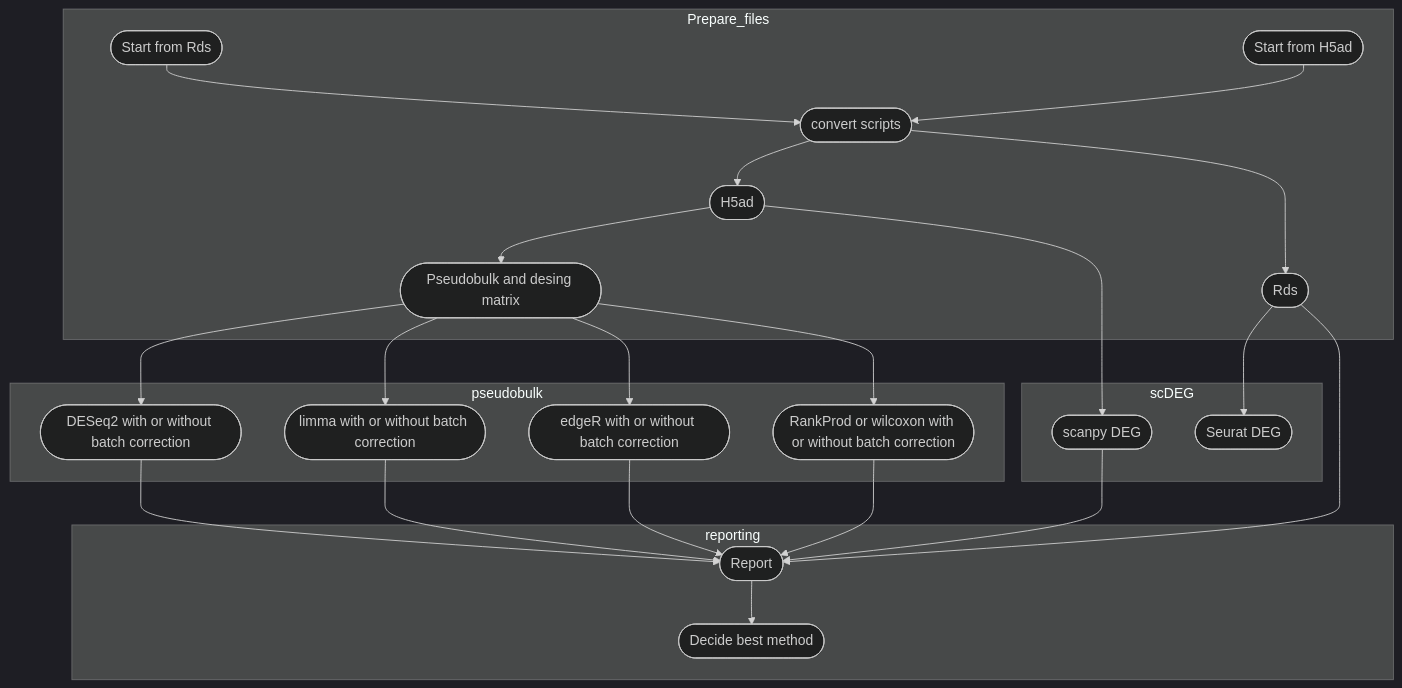
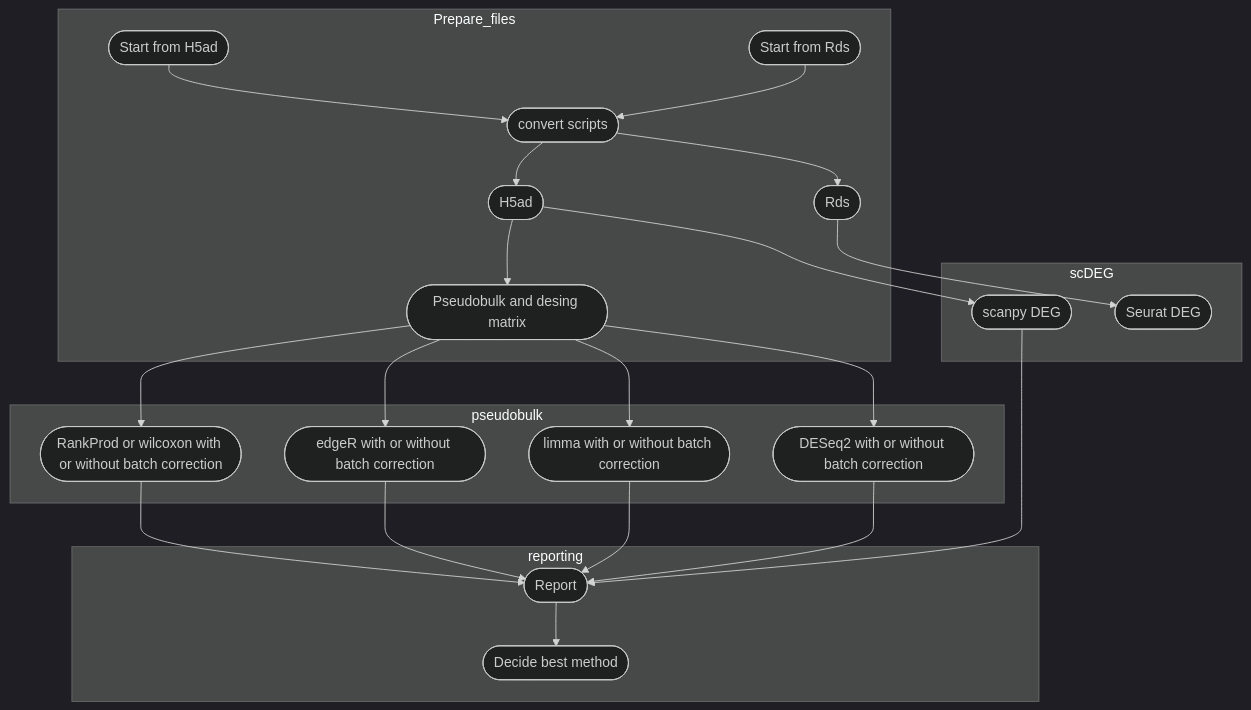
One commit to GuerreroVazquez/Test_DEG_methods-single_cell changed the diagram in README.md. Above: the diagram before and after it, drawn with Mermaid (dark theme).

````diff
--- a/README.md
+++ b/README.md
@@ -63,30 +63,29 @@
 ```mermaid
     flowchart TD
       subgraph Prepare_files
       A([Start from Rds]) --> B([convert scripts])
       C([Start from H5ad]) --> B
       B --> D([H5ad])
       B --> E([Rds])
       D --> F([Pseudobulk and desing matrix])
       end
       subgraph scDEG
       D --> G([scanpy DEG])
       E --> H([Seurat DEG])
       end
       subgraph pseudobulk
       F --> I([DESeq2 with or without batch correction])
       F --> J([limma with or without batch correction])
       F --> K([edgeR with or without batch correction])
       F --> L([RankProd or wilcoxon with or without batch correction])
       end
       subgraph reporting
       G --> M([Report])
-      E --> M
       I --> M
       J --> M
       K --> M
       L --> M
       M --> N([Decide best method])
       end
 
 ```
````
